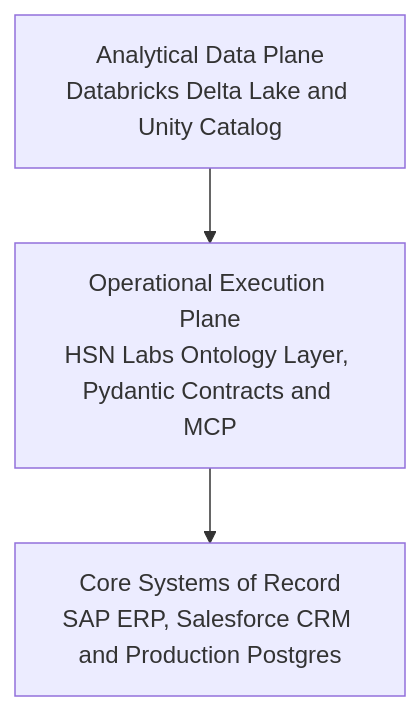
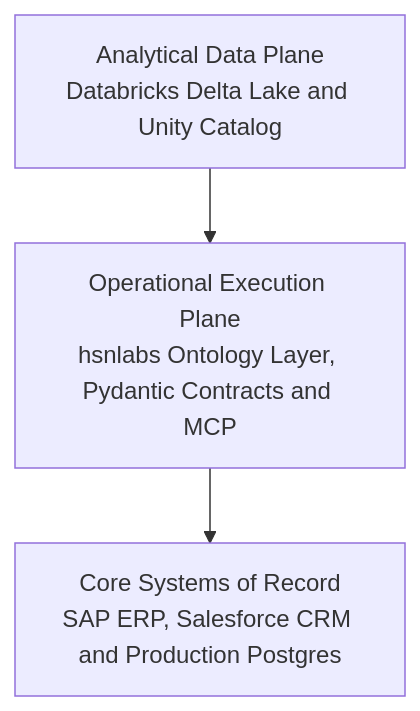
The diagram in docs/post/palantir-vs-databricks-agent-architecture.md (hsnlabs-ai/blog), drawn with Mermaid before and after one commit. The commit also changed other lines of this file and 245 other files, not shown here.

````diff
--- a/docs/post/palantir-vs-databricks-agent-architecture.md
+++ b/docs/post/palantir-vs-databricks-agent-architecture.md
@@ -103,5 +103,5 @@
 ```mermaid
 flowchart TD
-    A["Analytical Data Plane<br>Databricks Delta Lake and Unity Catalog"] --> B["Operational Execution Plane<br>HSN Labs Ontology Layer, Pydantic Contracts and MCP"]
+    A["Analytical Data Plane<br>Databricks Delta Lake and Unity Catalog"] --> B["Operational Execution Plane<br>hsnlabs Ontology Layer, Pydantic Contracts and MCP"]
     B --> C["Core Systems of Record<br>SAP ERP, Salesforce CRM and Production Postgres"]
 ```
````
